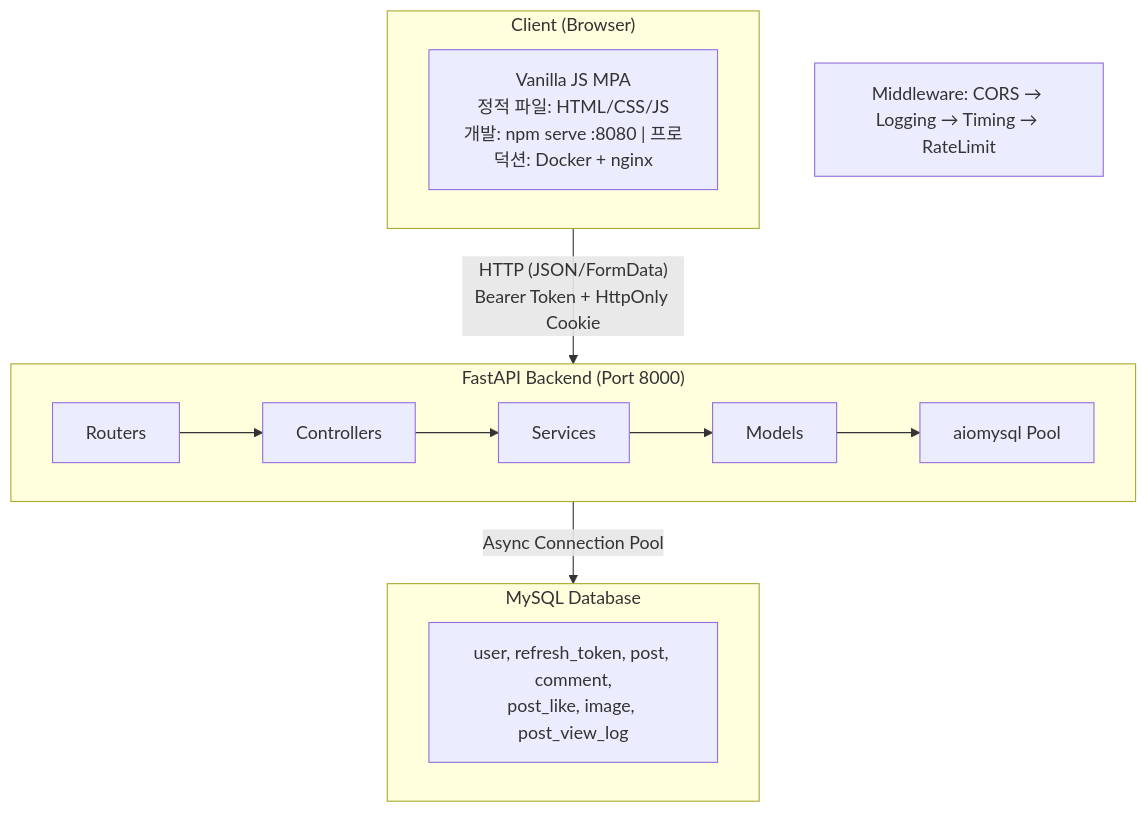
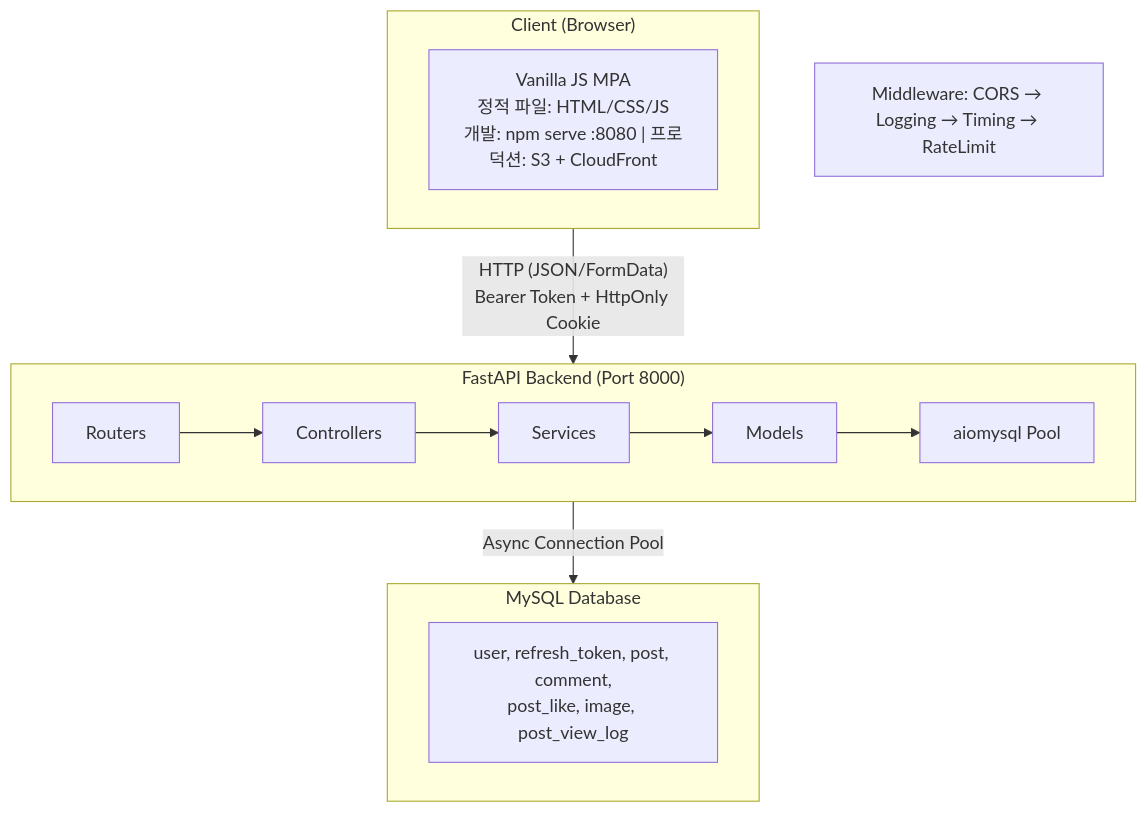
One commit to revenantonthemission/2-cho-community-be changed the first of 3 diagrams in README.md. Above: the diagram before and after it, drawn with Mermaid. The commit also changed other lines of this file and 2 other files, not shown here.

````diff
--- a/README.md
+++ b/README.md
@@ -38,21 +38,21 @@
 ```mermaid
 flowchart TD
     subgraph Client["Client (Browser)"]
-        FE["Vanilla JS MPA<br/>정적 파일: HTML/CSS/JS<br/>개발: npm serve :8080 | 프로덕션: Docker + nginx"]
+        FE["Vanilla JS MPA<br/>정적 파일: HTML/CSS/JS<br/>개발: npm serve :8080 | 프로덕션: S3 + CloudFront"]
     end
 
     Client -->|"HTTP (JSON/FormData)<br/>Bearer Token + HttpOnly Cookie"| Backend
 
     subgraph Backend["FastAPI Backend (Port 8000)"]
         direction LR
         Routers --> Controllers --> Services --> Models --> Pool["aiomysql Pool"]
     end
 
     note["Middleware: CORS → Logging → Timing → RateLimit"]
 
     Backend -->|"Async Connection Pool"| DB
 
     subgraph DB["MySQL Database"]
         Tables["user, refresh_token, post, comment,<br/>post_like, image, post_view_log"]
     end
 ```
````
